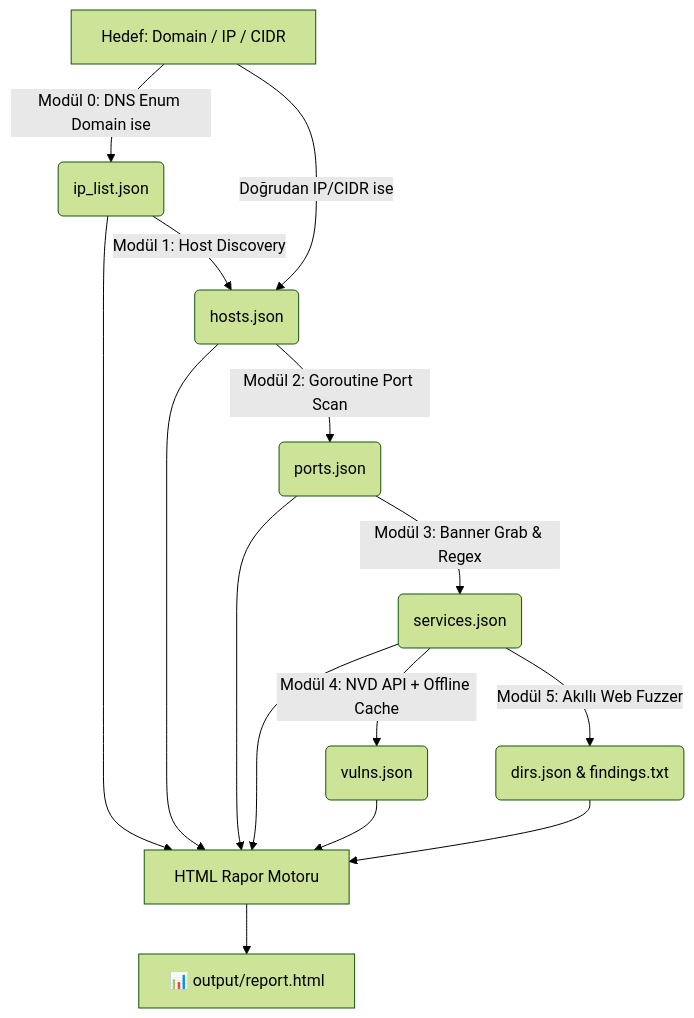
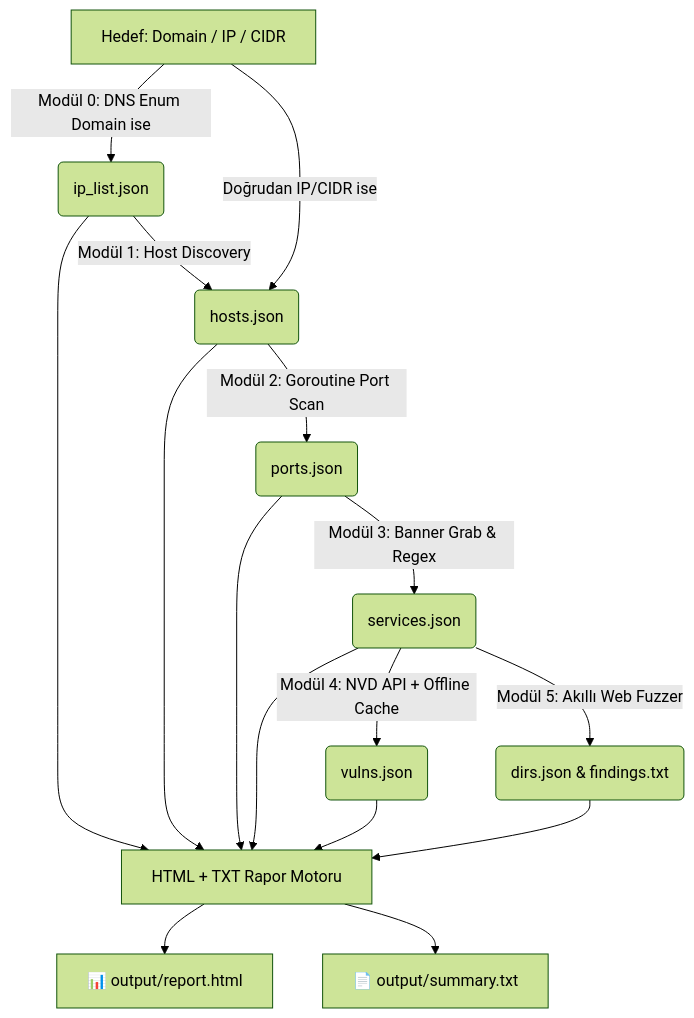
One commit to 1Ssalih/SpecterRecon changed the diagram in README.md. Above: the diagram before and after it, drawn with Mermaid (forest theme). The commit also changed other lines of this file and 13 other files, not shown here.

First line of the commit message:
fix: v1.2.0 - bug fixes, summary.txt output, guardrail consistency

````diff
--- a/README.md
+++ b/README.md
@@ -50,17 +50,18 @@
 ```mermaid
 graph TD
     A[Hedef: Domain / IP / CIDR] -->|Modül 0: DNS Enum Domain ise| B(ip_list.json)
     B -->|Modül 1: Host Discovery| C(hosts.json)
     A -->|Doğrudan IP/CIDR ise| C
     C -->|Modül 2: Goroutine Port Scan| D(ports.json)
     D -->|Modül 3: Banner Grab & Regex| E(services.json)
     E -->|Modül 4: NVD API + Offline Cache| F(vulns.json)
     E -->|Modül 5: Akıllı Web Fuzzer| G(dirs.json & findings.txt)
-    B --> H[HTML Rapor Motoru]
+    B --> H[HTML + TXT Rapor Motoru]
     C --> H
     D --> H
     E --> H
     F --> H
     G --> H
     H --> I[📊 output/report.html]
+    H --> J[📄 output/summary.txt]
 ```
````
